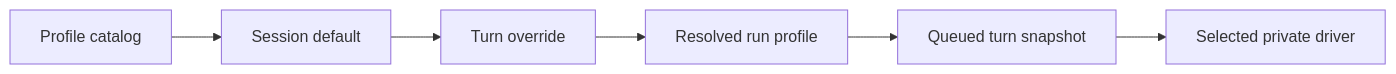
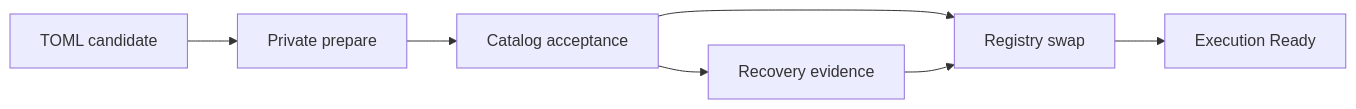
Before and after one commit to y0tsy/intention-relay: the third of 3 diagrams in docs/intention-relay/m4plus_concept.md, drawn with Mermaid. The commit also changed other lines of this file, not shown here.

````diff
--- a/docs/intention-relay/m4plus_concept.md
+++ b/docs/intention-relay/m4plus_concept.md
@@ -153,9 +625,9 @@
 ```mermaid
 flowchart LR
-  C[Profile catalog] --> D[Session default]
-  D --> T[Turn override]
-  T --> R[Resolved run profile]
-  R --> Q[Queued turn snapshot]
-  Q --> X[Selected private driver]
-
+  T[TOML candidate] --> P[Private prepare]
+  P --> A[Catalog acceptance]
+  A --> S[Registry swap]
+  S --> R[Execution Ready]
+  A --> X[Recovery evidence]
+  X --> S
 ```
````
